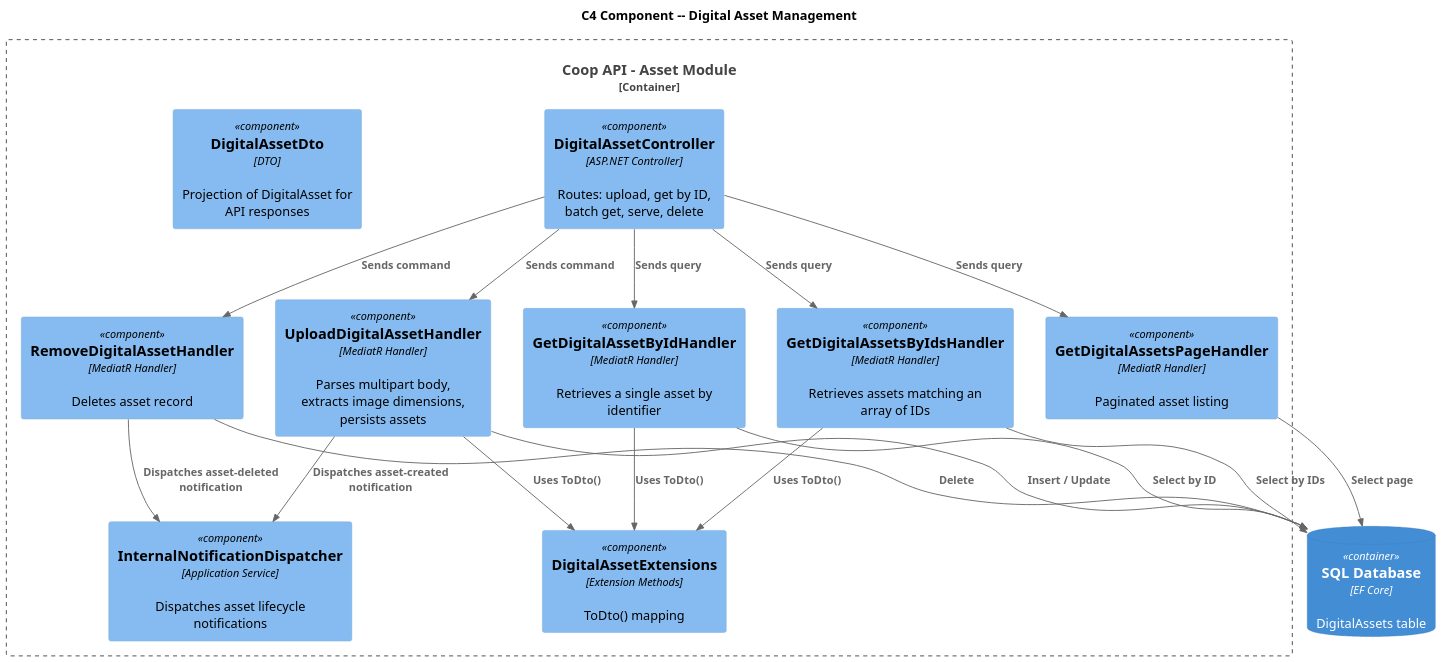
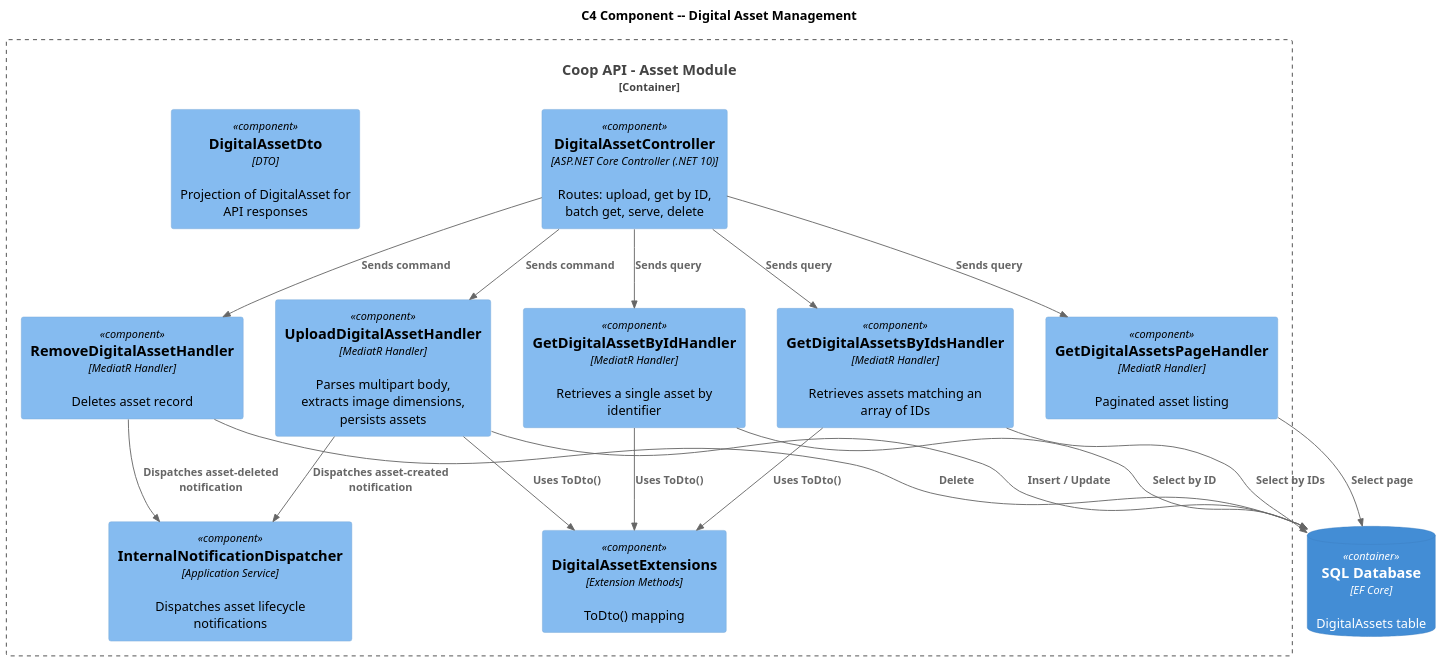
The diagram in docs/detailed-designs/08-digital-asset-management/c4-component.puml (QuinntyneBrown/Coop), drawn with PlantUML before and after one commit. The commit also changed 23 other files, not shown here.

Commit message:
Update C4 diagrams with .NET 10 LTS and Angular 21 baseline and consolidate solution hierarchy

```diff
--- a/docs/detailed-designs/08-digital-asset-management/c4-component.puml
+++ b/docs/detailed-designs/08-digital-asset-management/c4-component.puml
@@ -1,41 +1,41 @@
 @startuml
 !include https://raw.githubusercontent.com/plantuml-stdlib/C4-PlantUML/master/C4_Component.puml
 
 skinparam dpi 150
 skinparam pageMargin 10
 
 title C4 Component -- Digital Asset Management
 
 Container_Boundary(api, "Coop API - Asset Module") {
-  Component(ctrl, "DigitalAssetController", "ASP.NET Controller", "Routes: upload, get by ID, batch get, serve, delete")
+  Component(ctrl, "DigitalAssetController", "ASP.NET Core Controller (.NET 10)", "Routes: upload, get by ID, batch get, serve, delete")
   Component(uploadHandler, "UploadDigitalAssetHandler", "MediatR Handler", "Parses multipart body, extracts image dimensions, persists assets")
   Component(getByIdHandler, "GetDigitalAssetByIdHandler", "MediatR Handler", "Retrieves a single asset by identifier")
   Component(batchHandler, "GetDigitalAssetsByIdsHandler", "MediatR Handler", "Retrieves assets matching an array of IDs")
   Component(pageHandler, "GetDigitalAssetsPageHandler", "MediatR Handler", "Paginated asset listing")
   Component(removeHandler, "RemoveDigitalAssetHandler", "MediatR Handler", "Deletes asset record")
   Component(dispatcher, "InternalNotificationDispatcher", "Application Service", "Dispatches asset lifecycle notifications")
   Component(dto, "DigitalAssetDto", "DTO", "Projection of DigitalAsset for API responses")
   Component(ext, "DigitalAssetExtensions", "Extension Methods", "ToDto() mapping")
 }
 
 ContainerDb(db, "SQL Database", "EF Core", "DigitalAssets table")
 
 Rel(ctrl, uploadHandler, "Sends command")
 Rel(ctrl, getByIdHandler, "Sends query")
 Rel(ctrl, batchHandler, "Sends query")
 Rel(ctrl, pageHandler, "Sends query")
 Rel(ctrl, removeHandler, "Sends command")
 
 Rel(uploadHandler, db, "Insert / Update")
 Rel(getByIdHandler, db, "Select by ID")
 Rel(batchHandler, db, "Select by IDs")
 Rel(pageHandler, db, "Select page")
 Rel(removeHandler, db, "Delete")
 Rel(uploadHandler, dispatcher, "Dispatches asset-created notification")
 Rel(removeHandler, dispatcher, "Dispatches asset-deleted notification")
 
 Rel(uploadHandler, ext, "Uses ToDto()")
 Rel(getByIdHandler, ext, "Uses ToDto()")
 Rel(batchHandler, ext, "Uses ToDto()")
 
 @enduml
```
